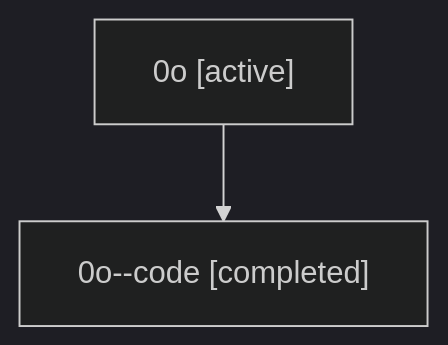
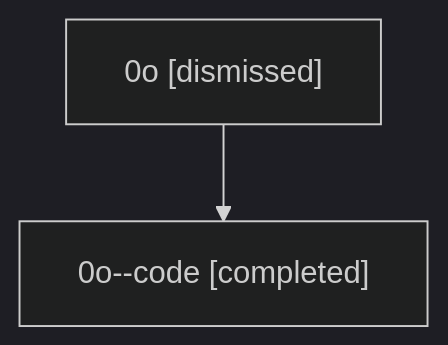
One commit to sase-org/sase--agents changed the diagram in sessions/bbugyi200.athena.0o.md. Above: the diagram before and after it, drawn with Mermaid (dark theme). The commit also changed other lines of this file and 24 other files, not shown here.

````diff
--- a/sessions/bbugyi200.athena.0o.md
+++ b/sessions/bbugyi200.athena.0o.md
@@ -9,6 +9,6 @@
 ```mermaid
 flowchart TD
-  n0["0o [active]"]
+  n0["0o [dismissed]"]
   n1["0o--code [completed]"]
   n0 --> n1
 ```
````
